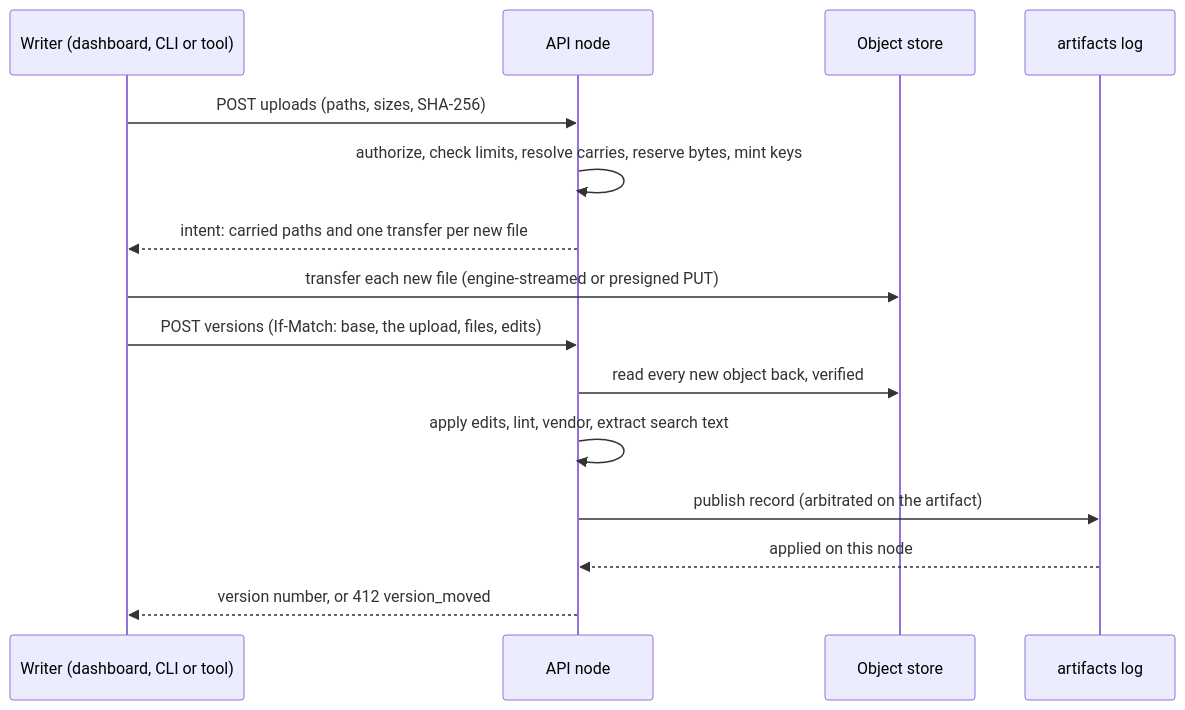
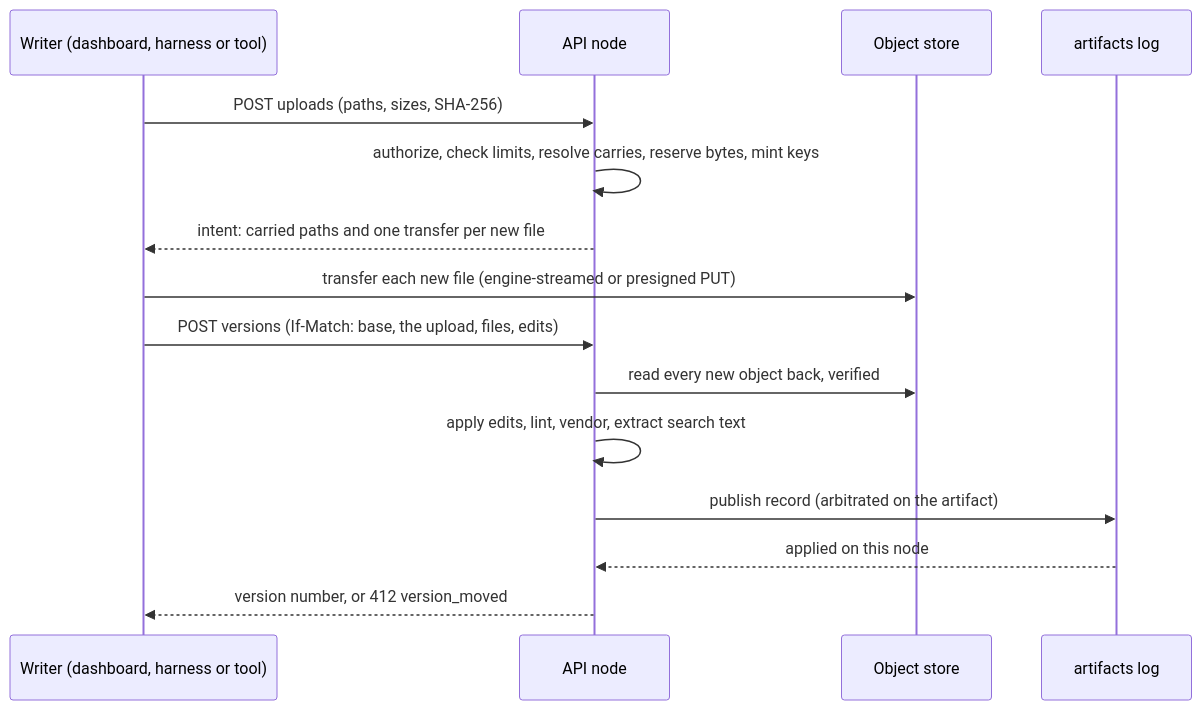
The second of 6 diagrams in docs/concepts/artifacts.md (crewlet/crewlet), drawn with Mermaid before and after one commit. The commit also changed other lines of this file and 64 other files, not shown here.

First line of the commit message:
docs(docs): say harness where the docs said coding CLI

````diff
--- a/docs/concepts/artifacts.md
+++ b/docs/concepts/artifacts.md
@@ -160,17 +160,17 @@
 ```mermaid
 sequenceDiagram
-    participant W as Writer (dashboard, CLI or tool)
+    participant W as Writer (dashboard, harness or tool)
     participant API as API node
     participant S as Object store
     participant L as artifacts log
     W->>API: POST uploads (paths, sizes, SHA-256)
     API->>API: authorize, check limits, resolve carries, reserve bytes, mint keys
     API-->>W: intent: carried paths and one transfer per new file
     W->>S: transfer each new file (engine-streamed or presigned PUT)
     W->>API: POST versions (If-Match: base, the upload, files, edits)
     API->>S: read every new object back, verified
     API->>API: apply edits, lint, vendor, extract search text
     API->>L: publish record (arbitrated on the artifact)
     L-->>API: applied on this node
     API-->>W: version number, or 412 version_moved
 ```
````
